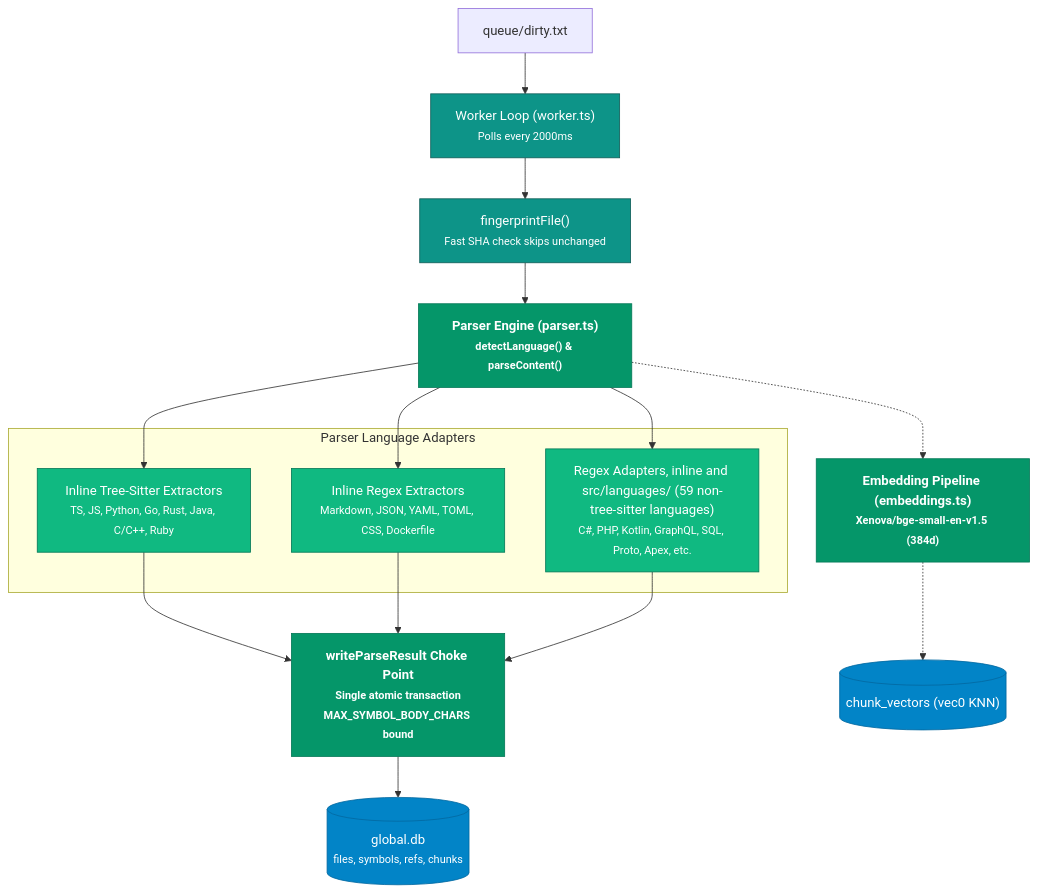
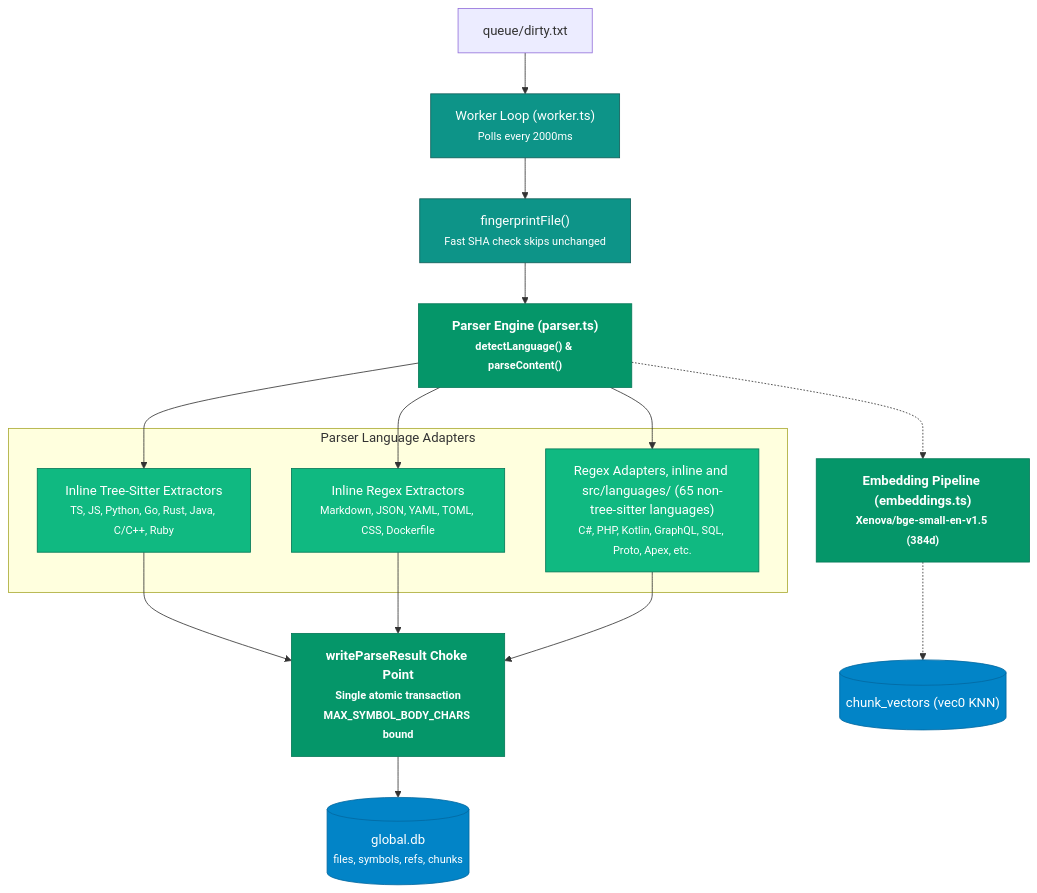
One commit to DFKHelper/token-goat changed the fourth of 7 diagrams in docs/C4_RUNTIME_ARCHITECTURE.md. Above: the diagram before and after it, drawn with Mermaid. The commit also changed 17 other files, not shown here.

````diff
--- a/docs/C4_RUNTIME_ARCHITECTURE.md
+++ b/docs/C4_RUNTIME_ARCHITECTURE.md
@@ -180,30 +180,30 @@
 ```mermaid
 flowchart TB
     classDef parser fill:#059669,stroke:#047857,color:#ffffff,font-weight:bold;
     classDef worker fill:#0D9488,stroke:#115E59,color:#ffffff;
     classDef adapter fill:#10B981,stroke:#047857,color:#ffffff;
     classDef db fill:#0284C7,stroke:#0369A1,color:#ffffff;
 
     DirtyQueue["queue/dirty.txt"] --> WorkerLoop["Worker Loop (worker.ts)<br/><small>Polls every 2000ms</small>"]:::worker
     WorkerLoop --> Fingerprint["fingerprintFile()<br/><small>Fast SHA check skips unchanged</small>"]:::worker
     Fingerprint --> Parser["Parser Engine (parser.ts)<br/><small>detectLanguage() & parseContent()</small>"]:::parser
 
     subgraph ParserAdapters ["Parser Language Adapters"]
         TreeSitter["Inline Tree-Sitter Extractors<br/><small>TS, JS, Python, Go, Rust, Java, C/C++, Ruby</small>"]:::adapter
         RegexInline["Inline Regex Extractors<br/><small>Markdown, JSON, YAML, TOML, CSS, Dockerfile</small>"]:::adapter
-        LangAdapters["Regex Adapters, inline and src/languages/ (59 non-tree-sitter languages)<br/><small>C#, PHP, Kotlin, GraphQL, SQL, Proto, Apex, etc.</small>"]:::adapter
+        LangAdapters["Regex Adapters, inline and src/languages/ (65 non-tree-sitter languages)<br/><small>C#, PHP, Kotlin, GraphQL, SQL, Proto, Apex, etc.</small>"]:::adapter
     end
 
     Parser --> TreeSitter
     Parser --> RegexInline
     Parser --> LangAdapters
 
     TreeSitter --> ChokePoint["writeParseResult Choke Point<br/><small>Single atomic transaction<br/>MAX_SYMBOL_BODY_CHARS bound</small>"]:::parser
     RegexInline --> ChokePoint
     LangAdapters --> ChokePoint
 
     ChokePoint --> GlobalDB[("global.db<br/><small>files, symbols, refs, chunks</small>")]:::db
     
     Parser -.-> Embedder["Embedding Pipeline (embeddings.ts)<br/><small>Xenova/bge-small-en-v1.5 (384d)</small>"]:::parser
     Embedder -.-> VecDB[("chunk_vectors (vec0 KNN)")]:::db
 ```
````
